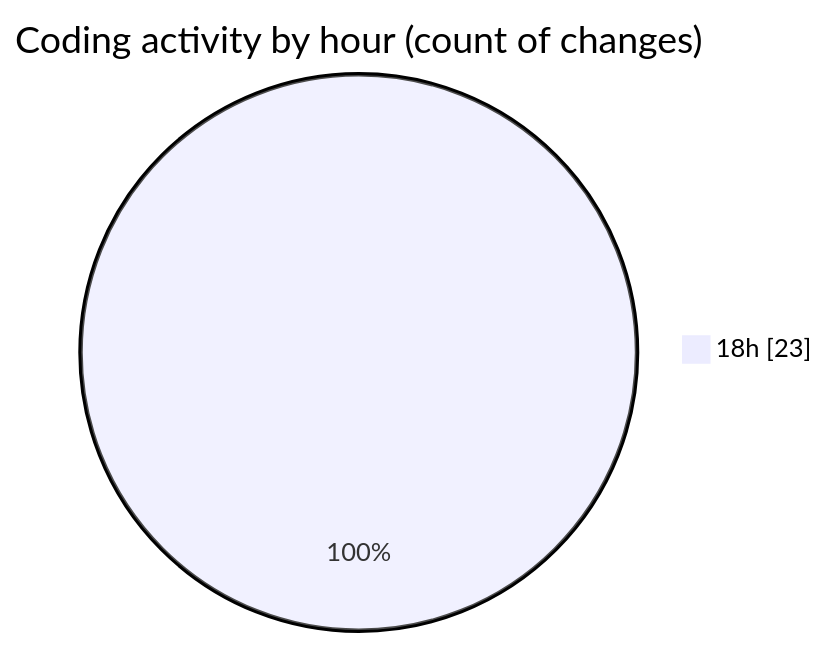
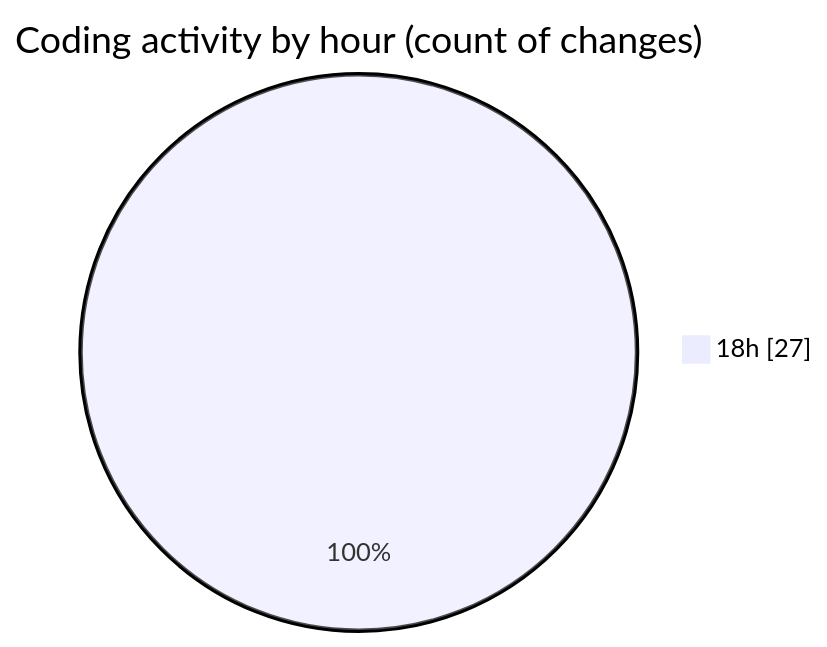
The second of 2 diagrams in 2025-05-01/date/README.md (Netris89/code-tracking), drawn with Mermaid before and after one commit. The commit also changed other lines of this file and 1 other file, not shown here.

````diff
--- a/2025-05-01/date/README.md
+++ b/2025-05-01/date/README.md
@@ -32,5 +32,5 @@
 ```mermaid
 pie showData
 title Coding activity by hour (count of changes)
-"18h" : 23
+"18h" : 27
 ```
````
